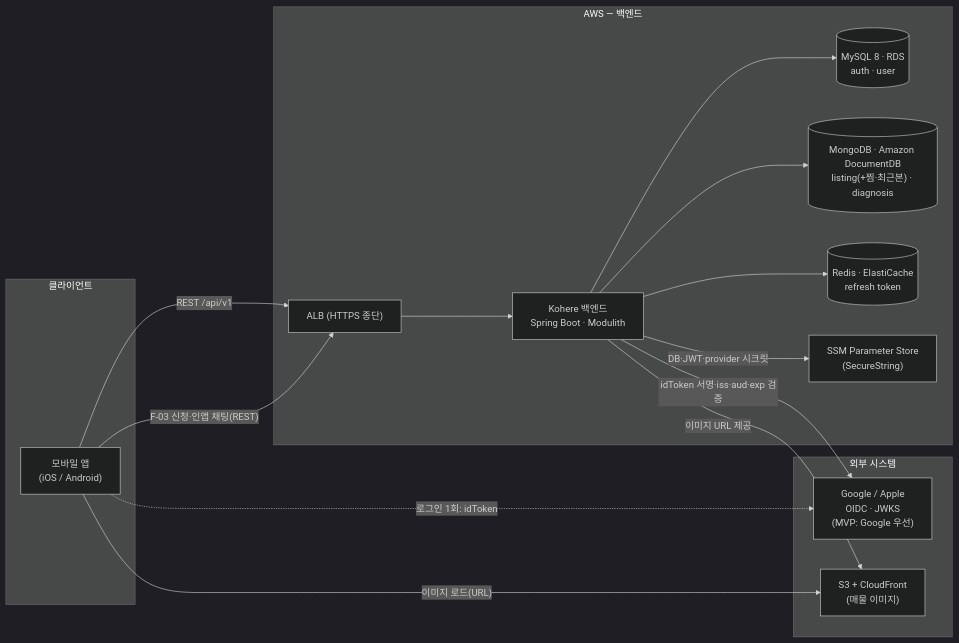
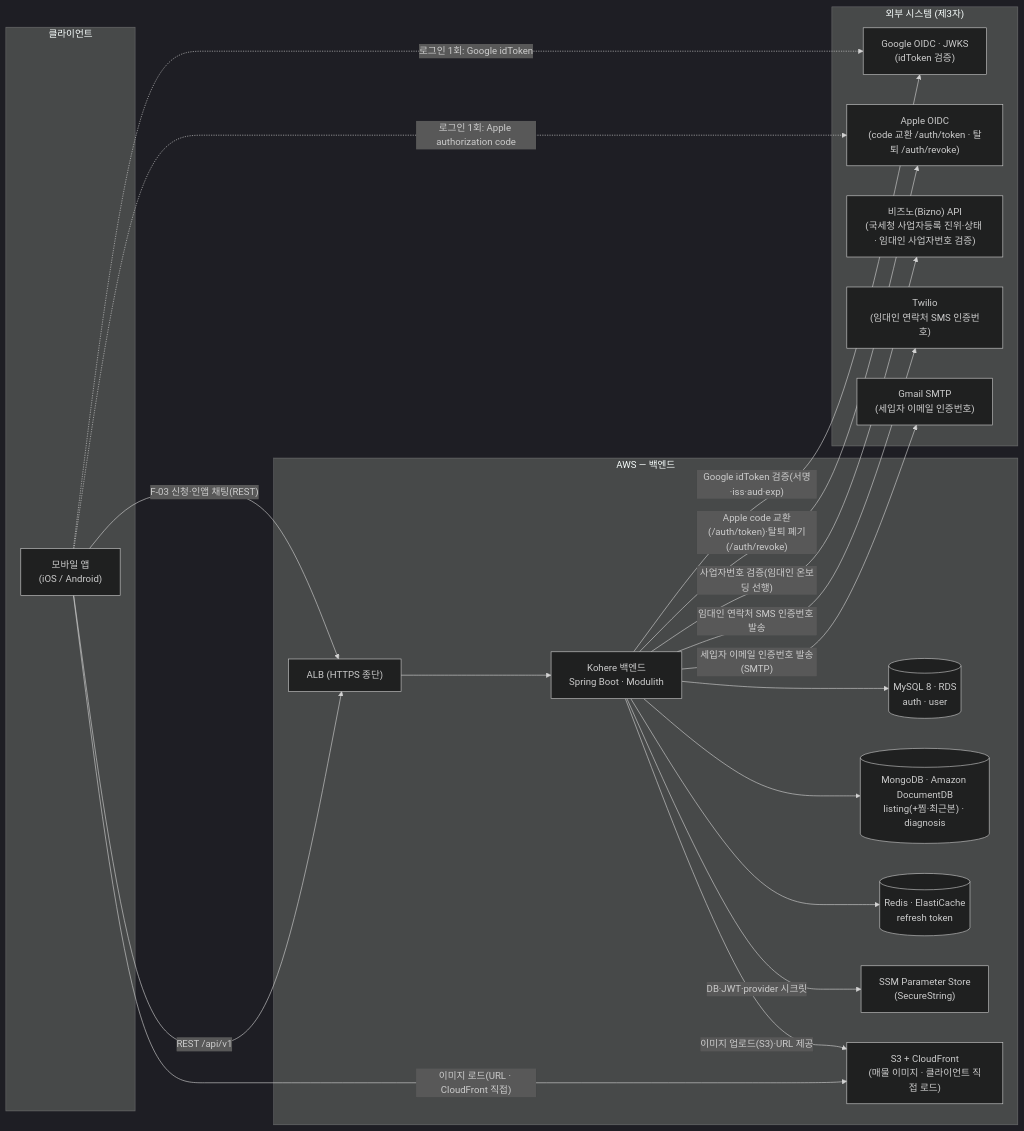
Before and after one commit to jameskim9509/Kohere-backend: the first of 5 diagrams in docs/architecture/system-overview.md, drawn with Mermaid (dark theme). The commit also changed other lines of this file and 2 other files, not shown here.

First line of the commit message:
docs(arch): 외부 의존 아키텍처·메일 SMTP 표기 정정

````diff
--- a/docs/architecture/system-overview.md
+++ b/docs/architecture/system-overview.md
@@ -29,32 +29,41 @@
 ```mermaid
 flowchart LR
     subgraph Client["클라이언트"]
       APP["모바일 앱<br/>(iOS / Android)"]
     end
 
-    subgraph External["외부 시스템"]
-      OIDC["Google / Apple<br/>OIDC · JWKS<br/>(MVP: Google 우선)"]
-      CDN["S3 + CloudFront<br/>(매물 이미지)"]
+    subgraph External["외부 시스템 (제3자)"]
+      OIDC["Google OIDC · JWKS<br/>(idToken 검증)"]
+      APPLE["Apple OIDC<br/>(code 교환 /auth/token · 탈퇴 /auth/revoke)"]
+      BIZNO["비즈노(Bizno) API<br/>(국세청 사업자등록 진위·상태 · 임대인 사업자번호 검증)"]
+      TWILIO["Twilio<br/>(임대인 연락처 SMS 인증번호)"]
+      MAIL["Gmail SMTP<br/>(세입자 이메일 인증번호)"]
     end
 
     subgraph Cloud["AWS — 백엔드"]
       ALB["ALB (HTTPS 종단)"]
       SRV["Kohere 백엔드<br/>Spring Boot · Modulith"]
       MYSQL[("MySQL 8 · RDS<br/>auth · user")]
       MONGO[("MongoDB · Amazon DocumentDB<br/>listing(+찜·최근본) · diagnosis")]
       REDIS[("Redis · ElastiCache<br/>refresh token")]
       SECRET["SSM Parameter Store<br/>(SecureString)"]
+      CDN["S3 + CloudFront<br/>(매물 이미지 · 클라이언트 직접 로드)"]
     end
 
     APP -- "REST /api/v1" --> ALB
     ALB --> SRV
-    APP -. "로그인 1회: idToken" .-> OIDC
-    SRV -- "idToken 서명·iss·aud·exp 검증" --> OIDC
+    APP -. "로그인 1회: Google idToken" .-> OIDC
+    APP -. "로그인 1회: Apple authorization code" .-> APPLE
+    SRV -- "Google idToken 검증(서명·iss·aud·exp)" --> OIDC
+    SRV -- "Apple code 교환(/auth/token)·탈퇴 폐기(/auth/revoke)" --> APPLE
+    SRV -- "사업자번호 검증(임대인 온보딩 선행)" --> BIZNO
+    SRV -- "임대인 연락처 SMS 인증번호 발송" --> TWILIO
+    SRV -- "세입자 이메일 인증번호 발송(SMTP)" --> MAIL
     SRV --> MYSQL
     SRV --> MONGO
     SRV --> REDIS
     APP -- "F-03 신청·인앱 채팅(REST)" --> ALB
-    APP -- "이미지 로드(URL)" --> CDN
-    SRV -- "이미지 URL 제공" --> CDN
+    APP -- "이미지 로드(URL · CloudFront 직접)" --> CDN
+    SRV -- "이미지 업로드(S3)·URL 제공" --> CDN
     SRV -- "DB·JWT·provider 시크릿" --> SECRET
 ```
````
